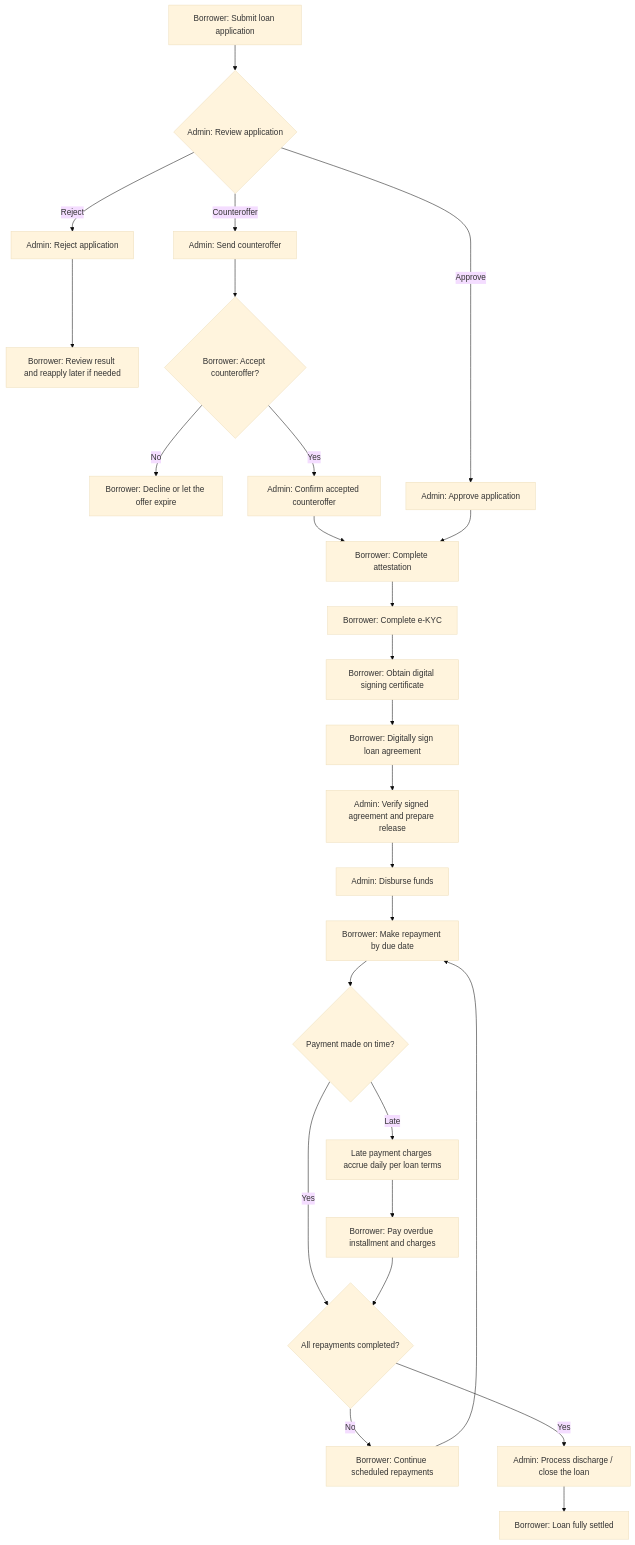
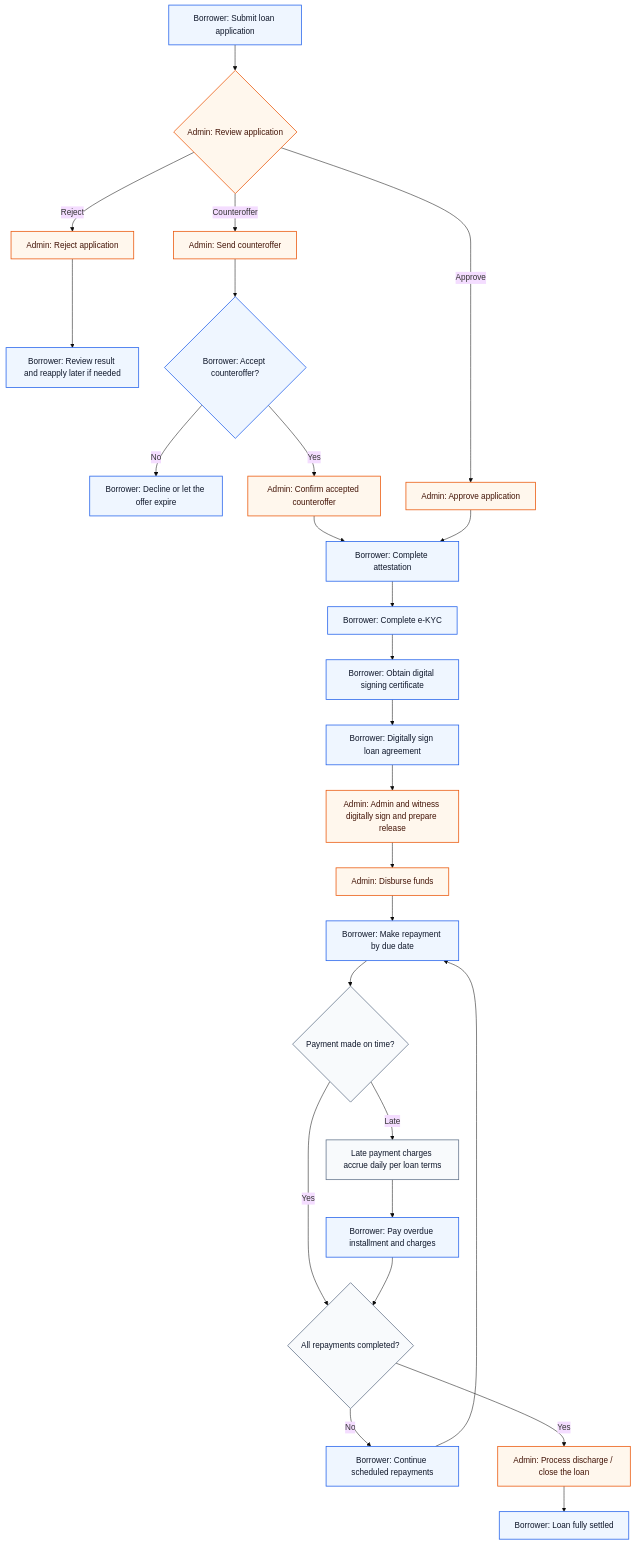
The diagram in apps/borrower_pro/help-docs/loan-process.md (Malcan-Technologies/truestack_kredit), drawn with Mermaid (base theme) before and after one commit. The commit also changed other lines of this file and 11 other files, not shown here.

````diff
--- a/apps/borrower_pro/help-docs/loan-process.md
+++ b/apps/borrower_pro/help-docs/loan-process.md
@@ -7,28 +7,36 @@
 ```mermaid
 flowchart TD
     A[Borrower: Submit loan application] --> B{Admin: Review application}
     B -->|Reject| C[Admin: Reject application]
     C --> D[Borrower: Review result and reapply later if needed]
     B -->|Counteroffer| E[Admin: Send counteroffer]
     E --> F{Borrower: Accept counteroffer?}
     F -->|No| G[Borrower: Decline or let the offer expire]
     F -->|Yes| H[Admin: Confirm accepted counteroffer]
     B -->|Approve| I[Admin: Approve application]
     H --> J[Borrower: Complete attestation]
     I --> J
     J --> K[Borrower: Complete e-KYC]
     K --> L[Borrower: Obtain digital signing certificate]
     L --> M[Borrower: Digitally sign loan agreement]
-    M --> N[Admin: Verify signed agreement and prepare release]
+    M --> N[Admin: Admin and witness digitally sign and prepare release]
     N --> O[Admin: Disburse funds]
     O --> P[Borrower: Make repayment by due date]
     P --> Q{Payment made on time?}
     Q -->|Yes| R{All repayments completed?}
     Q -->|Late| S[Late payment charges accrue daily per loan terms]
     S --> T[Borrower: Pay overdue installment and charges]
     T --> R
     R -->|No| U[Borrower: Continue scheduled repayments]
     U --> P
     R -->|Yes| V[Admin: Process discharge / close the loan]
     V --> W[Borrower: Loan fully settled]
+
+    classDef borrower fill:#eff6ff,stroke:#2563eb,color:#0f172a,stroke-width:1.5px;
+    classDef admin fill:#fff7ed,stroke:#ea580c,color:#431407,stroke-width:1.5px;
+    classDef general fill:#f8fafc,stroke:#64748b,color:#0f172a,stroke-width:1.5px;
+
+    class A,D,F,G,J,K,L,M,P,T,U,W borrower;
+    class B,C,E,H,I,N,O,V admin;
+    class Q,R,S general;
 ```
````
